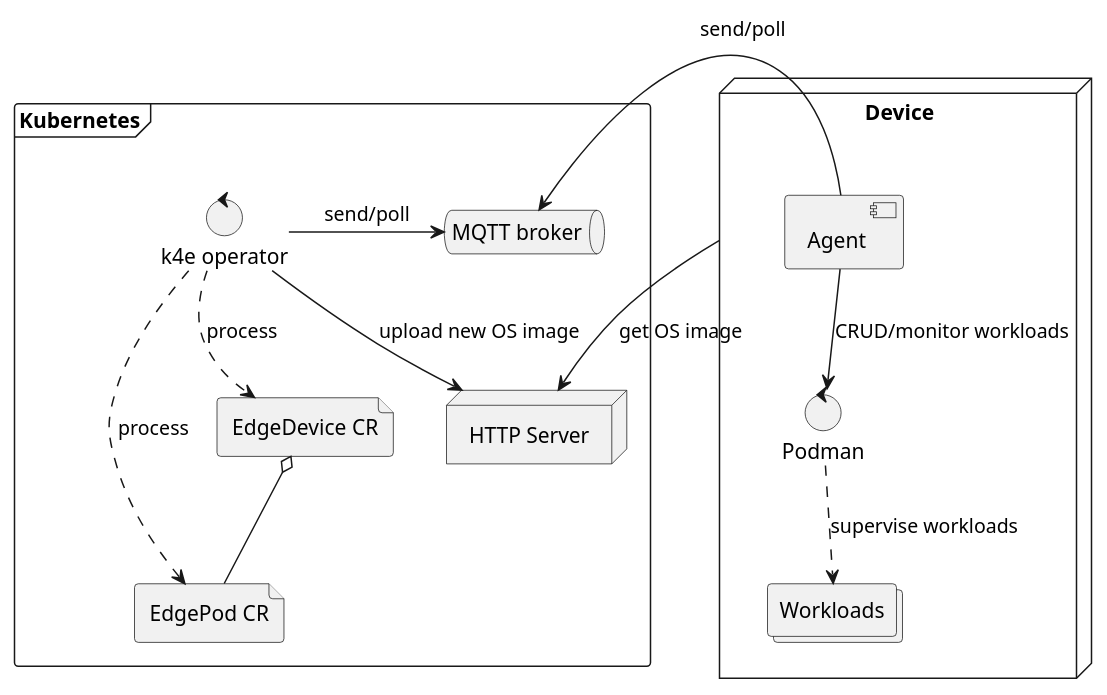
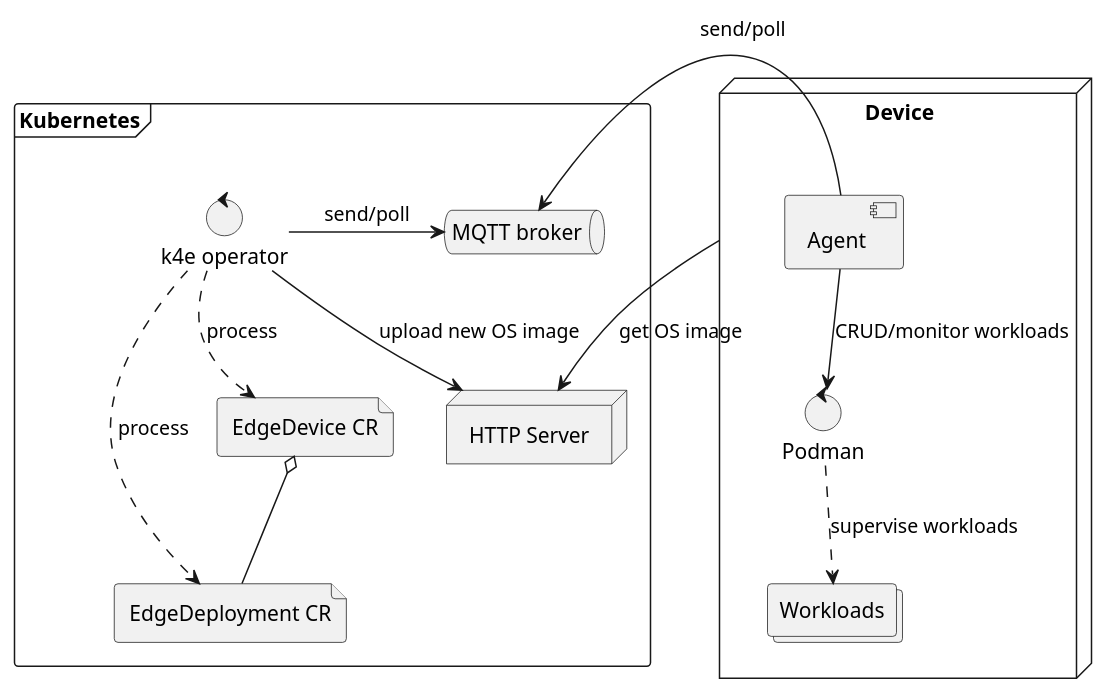
The diagram in docs/diagrams/Deployment.puml (jakub-dzon/k4e-agent), drawn with PlantUML before and after one commit. The commit also changed 4 other files, not shown here.

Commit message:
Updated diagrams

```diff
--- a/docs/diagrams/Deployment.puml
+++ b/docs/diagrams/Deployment.puml
@@ -1,31 +1,31 @@
 @startuml
 'https://plantuml.com/deployment-diagram
 
 frame Kubernetes {
     queue "MQTT broker" as MQTT
     control "k4e operator" as operator
     node "HTTP Server" as http
-    file "EdgePod CR" as pod
+    file "EdgeDeployment CR" as deployment
     file "EdgeDevice CR" as deviceCR
 }
 
 node Device {
     component Agent
     control Podman
     collections Workloads
 }
-deviceCR o-- pod
+deviceCR o-- deployment
 
 operator -r-> MQTT: send/poll
 operator --> http: upload new OS image
-operator -[dashed]-> pod: process
+operator -[dashed]-> deployment: process
 operator -[dashed]-> deviceCR: process
 
 Agent -l-> MQTT: send/poll
 Agent --> Podman : CRUD/monitor workloads
 
 Podman -[dashed]-> Workloads: supervise workloads
 Device --> http : get OS image
 
 
 @enduml
```
